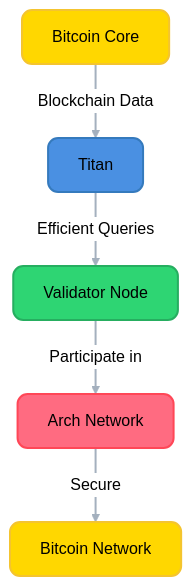
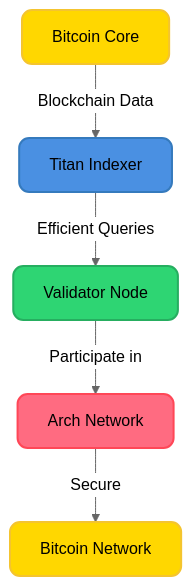
One commit to Arch-Network/book changed the first of 2 diagrams in src/getting-started/bitcoin-and-titan-setup.md. Above: the diagram before and after it, drawn with Mermaid (neutral theme). The commit also changed other lines of this file, not shown here.

````diff
--- a/src/getting-started/bitcoin-and-titan-setup.md
+++ b/src/getting-started/bitcoin-and-titan-setup.md
@@ -9,17 +7,16 @@
 ```mermaid
 graph TD
-    A[Bitcoin Core] -->|Blockchain Data| B[Titan]
+    A[Bitcoin Core] -->|Blockchain Data| B[Titan Indexer]
     B -->|Efficient Queries| C[Validator Node]
     C -->|Participate in| D[Arch Network]
     D -->|Secure| E[Bitcoin Network]
     classDef default fill:#f8f9fa,stroke:#dee2e6,stroke-width:2px,rx:10px,ry:10px
     classDef bitcoin fill:#ffd700,stroke:#f4c430,stroke-width:2px,rx:10px,ry:10px
     classDef titan fill:#4a90e2,stroke:#357abd,stroke-width:2px,rx:10px,ry:10px
     classDef validator fill:#2ed573,stroke:#26ae60,stroke-width:2px,rx:10px,ry:10px
     classDef arch fill:#ff6b81,stroke:#ff4757,stroke-width:2px,rx:10px,ry:10px
     class A,E bitcoin
     class B titan
     class C validator
     class D arch
-    linkStyle default stroke:#a4b0be,stroke-width:2px
 ```
````
